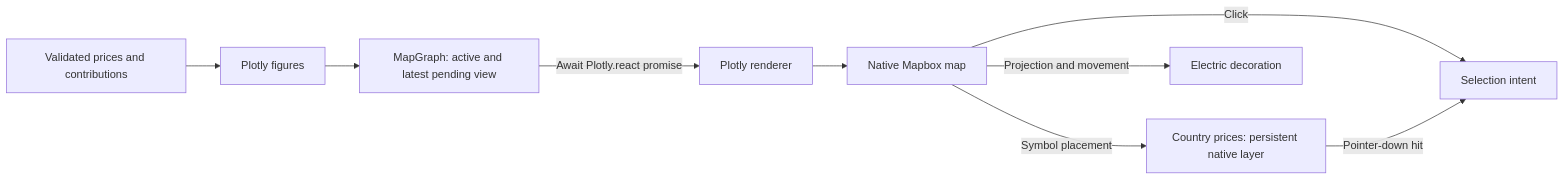
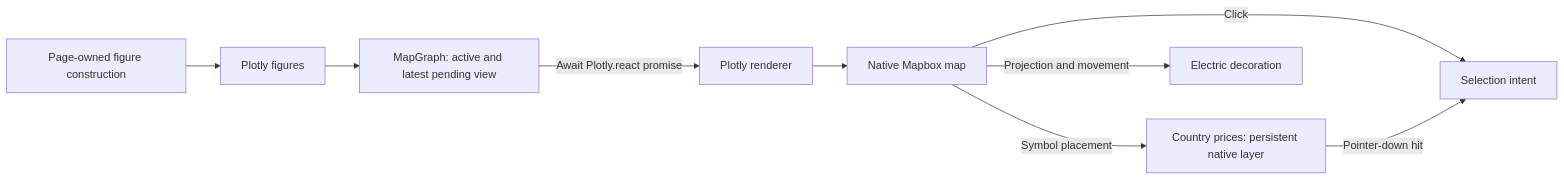
Before and after one commit to zoltanmaric/coppersushi: the diagram in coppersushi/frontend/map/README.md, drawn with Mermaid. The commit also changed other lines of this file and 23 other files, not shown here.

````diff
--- a/coppersushi/frontend/map/README.md
+++ b/coppersushi/frontend/map/README.md
@@ -7,11 +7,11 @@
 ```mermaid
 flowchart LR
-    data["Validated prices and contributions"] --> figures["Plotly figures"]
+    data["Page-owned figure construction"] --> figures["Plotly figures"]
     figures --> latest["MapGraph: active and latest pending view"]
     latest -->|Await Plotly.react promise| renderer["Plotly renderer"]
     renderer --> map["Native Mapbox map"]
     map -->|Symbol placement| labels["Country prices: persistent native layer"]
     map -->|Projection and movement| decoration["Electric decoration"]
     map -->|Click| intent["Selection intent"]
     labels -->|Pointer-down hit| intent
 ```
````
